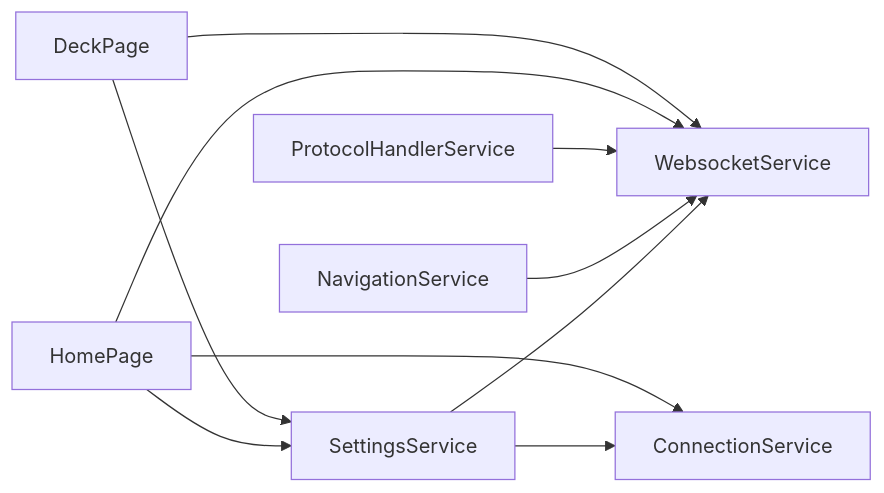
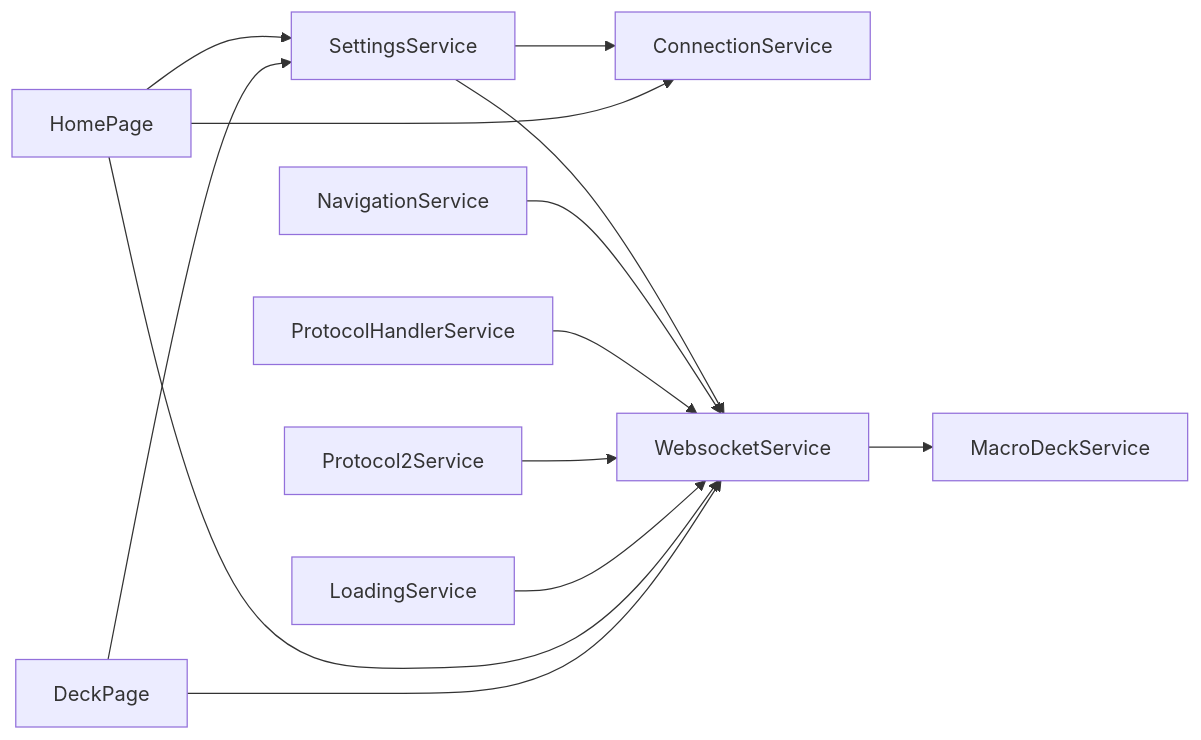
The sixth of 6 diagrams in .qoder/repowiki/zh/content/架构设计/设计模式应用/依赖注入模式.md (dingxyang/Macro-Deck-Client-App), drawn with Mermaid before and after one commit. The commit also changed other lines of this file and 47 other files, not shown here.

First line of the commit message:
refactor(docs): 重构 Macro Deck 客户端文档模块结构

````diff
--- a/.qoder/repowiki/zh/content/架构设计/设计模式应用/依赖注入模式.md
+++ b/.qoder/repowiki/zh/content/架构设计/设计模式应用/依赖注入模式.md
@@ -269,12 +305,15 @@
 ```mermaid
 graph LR
 Settings["SettingsService"] --> Connection["ConnectionService"]
 Settings --> Websocket["WebsocketService"]
 Navigation["NavigationService"] --> Websocket
 Protocol["ProtocolHandlerService"] --> Websocket
+Protocol2["Protocol2Service"] --> Websocket
+Websocket --> MacroDeck["MacroDeckService"]
+Loading["LoadingService"] --> Websocket
 Home["HomePage"] --> Websocket
 Home --> Settings
 Home --> Connection
 Deck["DeckPage"] --> Websocket
 Deck --> Settings
 ```
````
